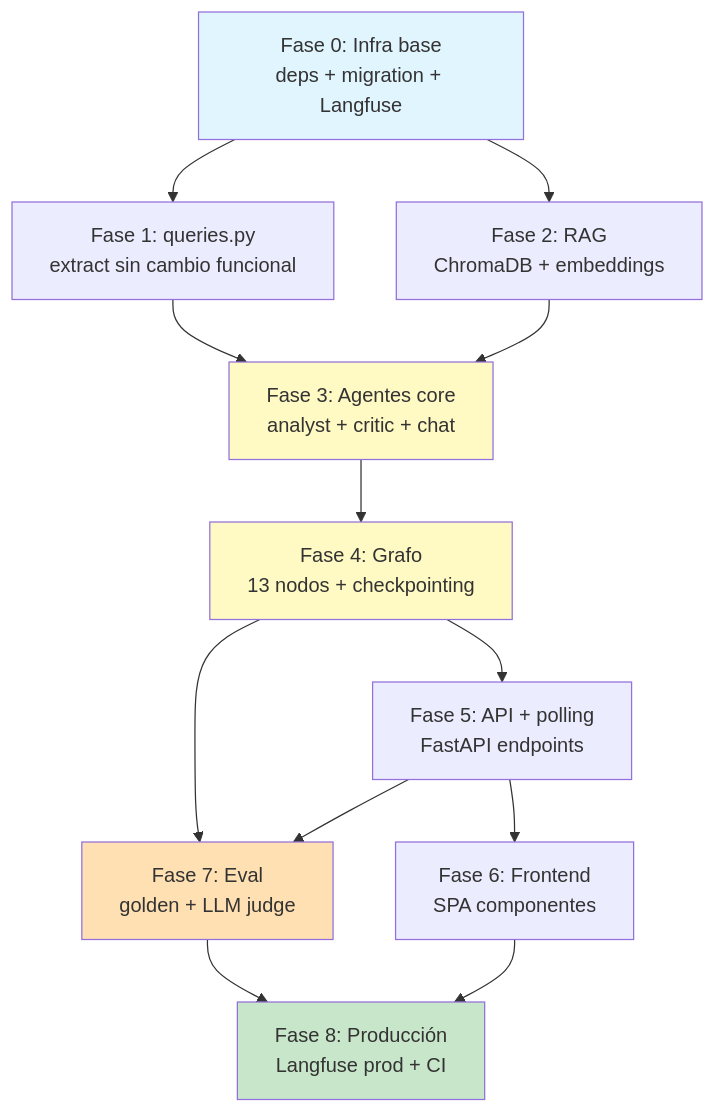
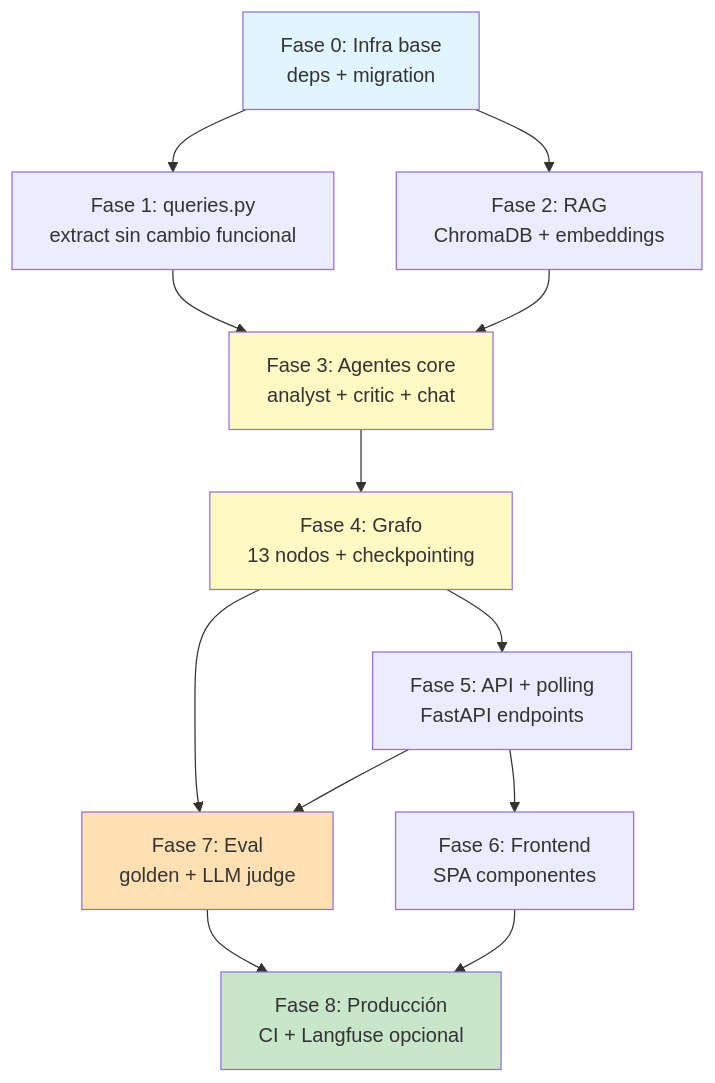
One commit to Club-Deportivo-Trocha-y-Ruta/mi changed the second of 3 diagrams in docs/10-race-results/v2-implementation-workflow.md. Above: the diagram before and after it, drawn with Mermaid. The commit also changed other lines of this file and 11 other files, not shown here.

First line of the commit message:
feat(race-results-v2): F0 infra base — deps + migración + Langfuse YAML

````diff
--- a/docs/10-race-results/v2-implementation-workflow.md
+++ b/docs/10-race-results/v2-implementation-workflow.md
@@ -99,20 +99,20 @@
 ```mermaid
 graph TD
-    F0[Fase 0: Infra base<br/>deps + migration + Langfuse] --> F1[Fase 1: queries.py<br/>extract sin cambio funcional]
+    F0[Fase 0: Infra base<br/>deps + migration] --> F1[Fase 1: queries.py<br/>extract sin cambio funcional]
     F0 --> F2[Fase 2: RAG<br/>ChromaDB + embeddings]
     F1 --> F3[Fase 3: Agentes core<br/>analyst + critic + chat]
     F2 --> F3
     F3 --> F4[Fase 4: Grafo<br/>13 nodos + checkpointing]
     F4 --> F5[Fase 5: API + polling<br/>FastAPI endpoints]
     F5 --> F6[Fase 6: Frontend<br/>SPA componentes]
     F4 --> F7[Fase 7: Eval<br/>golden + LLM judge]
     F5 --> F7
-    F7 --> F8[Fase 8: Producción<br/>Langfuse prod + CI]
+    F7 --> F8[Fase 8: Producción<br/>CI + Langfuse opcional]
     F6 --> F8
 
     style F0 fill:#e1f5fe
     style F3 fill:#fff9c4
     style F4 fill:#fff9c4
     style F7 fill:#ffe0b2
     style F8 fill:#c8e6c9
 ```
````
